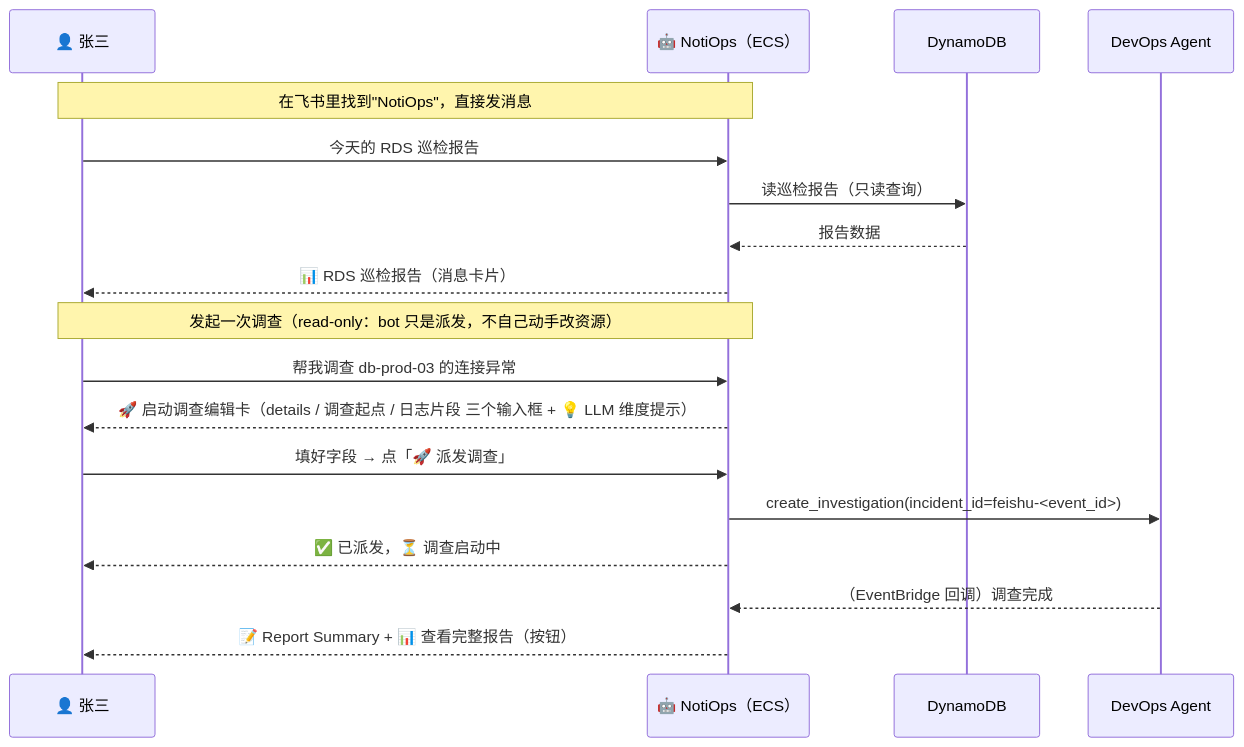
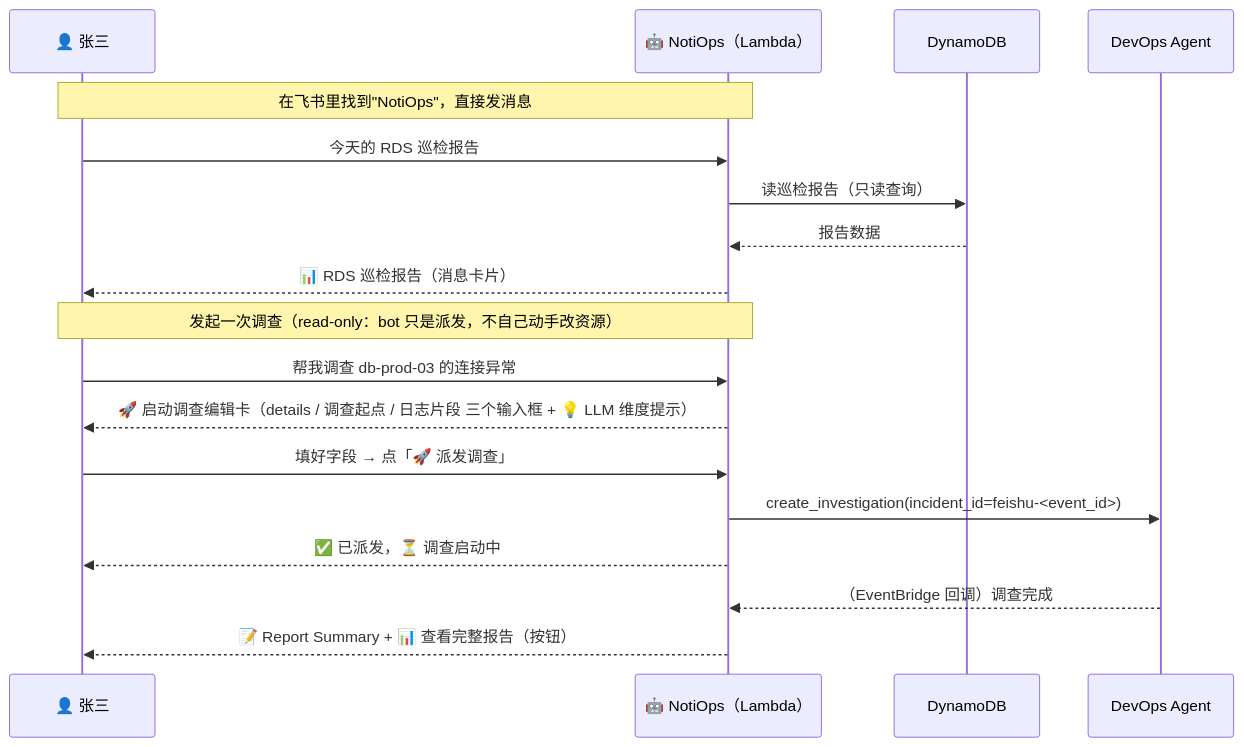
The second of 6 diagrams in docs/im-bot-interaction.md (aws-samples/sample-notiops), drawn with Mermaid before and after one commit. The commit also changed other lines of this file and 372 other files, not shown here.

First line of the commit message:
release: NotiOps v1.0.20

````diff
--- a/docs/im-bot-interaction.md
+++ b/docs/im-bot-interaction.md
@@ -53,22 +55,22 @@
 ```mermaid
 sequenceDiagram
     participant User as 👤 张三
-    participant Bot as 🤖 NotiOps（ECS）
+    participant Bot as 🤖 NotiOps（Lambda）
     participant DDB as DynamoDB
     participant Agent as DevOps Agent
 
     Note over User,Bot: 在飞书里找到"NotiOps"，直接发消息
     User->>Bot: 今天的 RDS 巡检报告
     Bot->>DDB: 读巡检报告（只读查询）
     DDB-->>Bot: 报告数据
     Bot-->>User: 📊 RDS 巡检报告（消息卡片）
 
     Note over User,Bot: 发起一次调查（read-only：bot 只是派发，不自己动手改资源）
     User->>Bot: 帮我调查 db-prod-03 的连接异常
     Bot-->>User: 🚀 启动调查编辑卡（details / 调查起点 / 日志片段 三个输入框 + 💡 LLM 维度提示）
     User->>Bot: 填好字段 → 点「🚀 派发调查」
     Bot->>Agent: create_investigation(incident_id=feishu-<event_id>)
     Bot-->>User: ✅ 已派发，⏳ 调查启动中
     Agent-->>Bot: （EventBridge 回调）调查完成
     Bot-->>User: 📝 Report Summary + 📊 查看完整报告（按钮）
 ```
````
